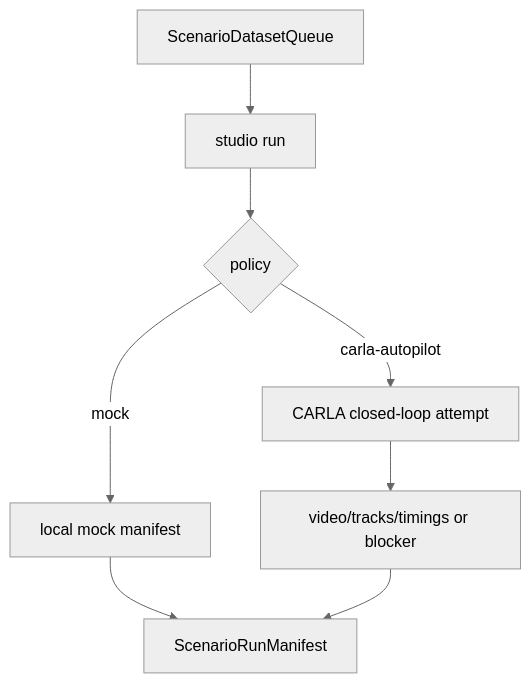
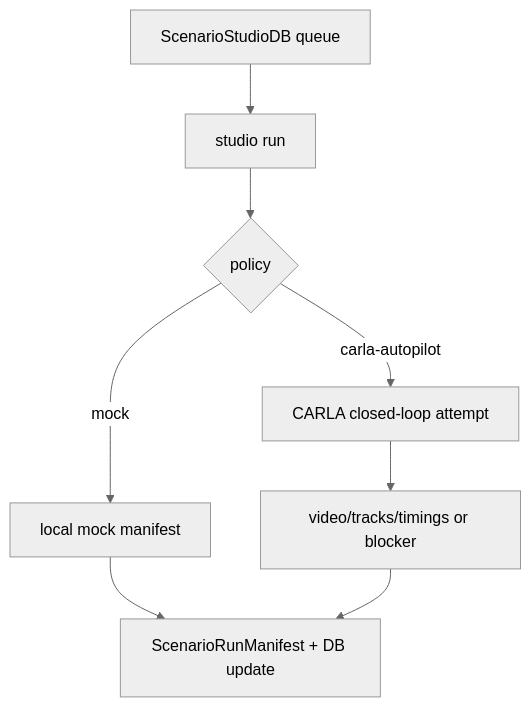
The diagram in tickets/TASK-116/ticket.md (ZanarkandTechnologies/0xDriver), drawn with Mermaid (neutral theme) before and after one commit. The commit also changed other lines of this file and 8 other files, not shown here.

````diff
--- a/tickets/TASK-116/ticket.md
+++ b/tickets/TASK-116/ticket.md
@@ -30,10 +31,10 @@
 ```mermaid
 flowchart TD
-    A["ScenarioDatasetQueue"] --> B["studio run"]
+    A["ScenarioStudioDB queue"] --> B["studio run"]
     B --> C{"policy"}
     C -->|"mock"| D["local mock manifest"]
     C -->|"carla-autopilot"| E["CARLA closed-loop attempt"]
     E --> F["video/tracks/timings or blocker"]
-    D --> G["ScenarioRunManifest"]
+    D --> G["ScenarioRunManifest + DB update"]
     F --> G
 ```
````
